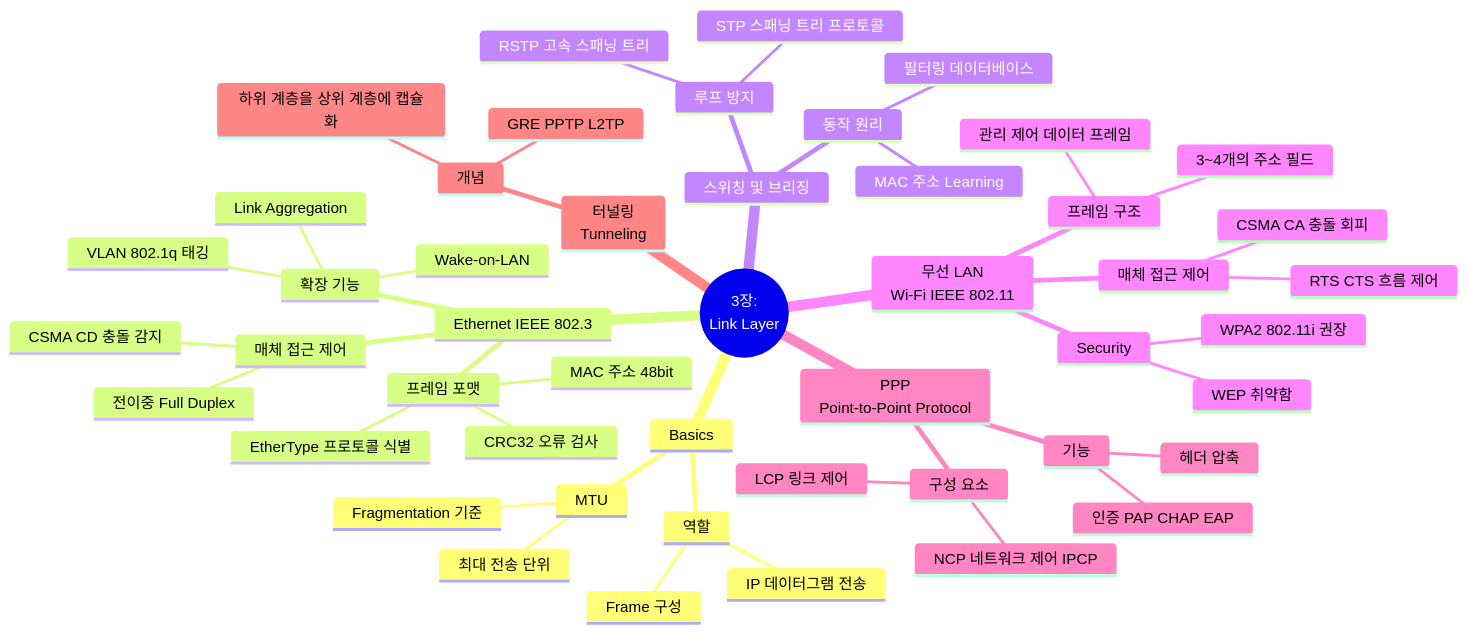
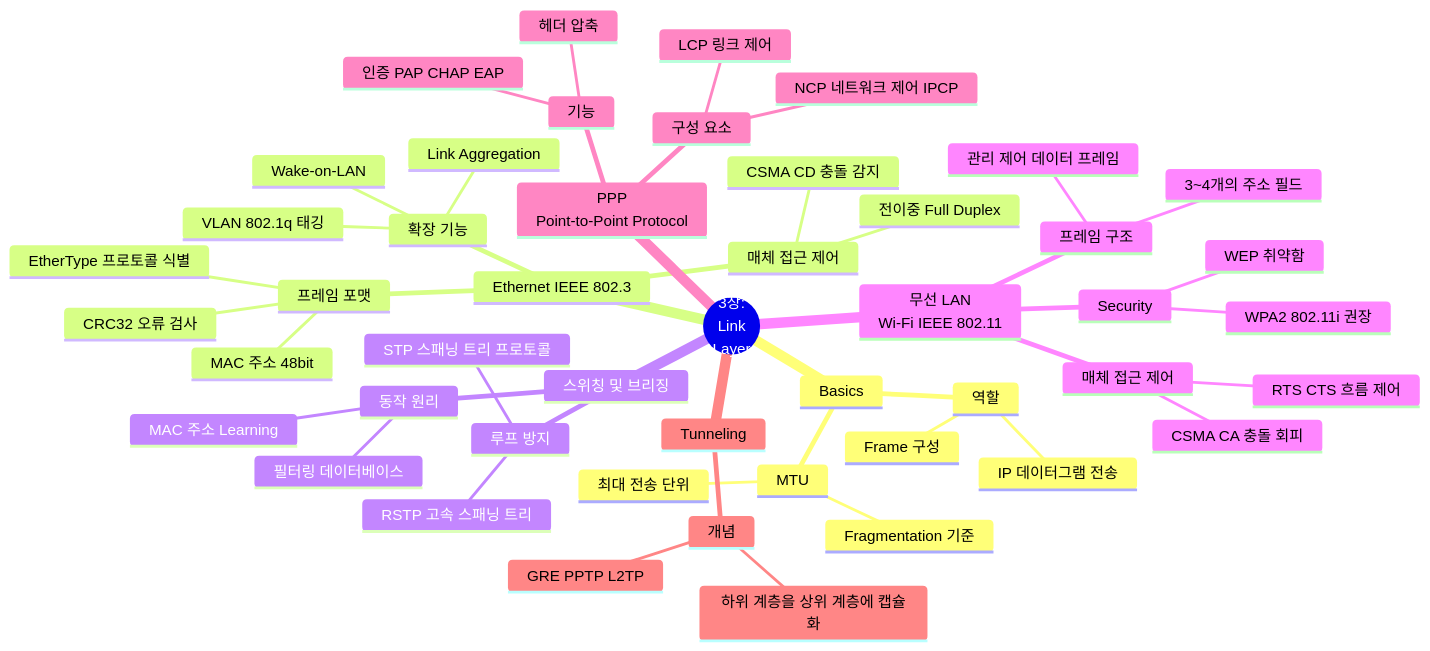
One commit to youngmin-gwon/what-i-studied changed the diagram in 01_inbox/books/tcp_ip_illustrated_1/chapter3.md. Above: the diagram before and after it, drawn with Mermaid. The commit also changed other lines of this file and 10 other files, not shown here.

````diff
--- a/01_inbox/books/tcp_ip_illustrated_1/chapter3.md
+++ b/01_inbox/books/tcp_ip_illustrated_1/chapter3.md
@@ -15,51 +15,51 @@
 ```mermaid
 mindmap
-  root((3장:<br>Link Layer))
+  root((3장:<br>Link<br>Layer))
     Basics
       역할
         IP 데이터그램 전송
         Frame 구성
       MTU
         최대 전송 단위
         Fragmentation 기준
     Ethernet IEEE 802.3
       매체 접근 제어
         CSMA CD 충돌 감지
         전이중 Full Duplex
       프레임 포맷
         MAC 주소 48bit
         EtherType 프로토콜 식별
         CRC32 오류 검사
       확장 기능
         VLAN 802.1q 태깅
         Link Aggregation
         Wake-on-LAN
     스위칭 및 브리징
       동작 원리
         MAC 주소 Learning
         필터링 데이터베이스
       루프 방지
         STP 스패닝 트리 프로토콜
         RSTP 고속 스패닝 트리
     무선 LAN<br>Wi-Fi IEEE 802.11
       매체 접근 제어
         CSMA CA 충돌 회피
         RTS CTS 흐름 제어
       프레임 구조
         관리 제어 데이터 프레임
         3~4개의 주소 필드
       Security
         WEP 취약함
         WPA2 802.11i 권장
     PPP<br>Point-to-Point Protocol
       구성 요소
         LCP 링크 제어
         NCP 네트워크 제어 IPCP
       기능
         인증 PAP CHAP EAP
         헤더 압축
-    터널링<br>Tunneling
+    Tunneling
       개념
         하위 계층을 상위 계층에 캡슐화
         GRE PPTP L2TP
 ```
````
